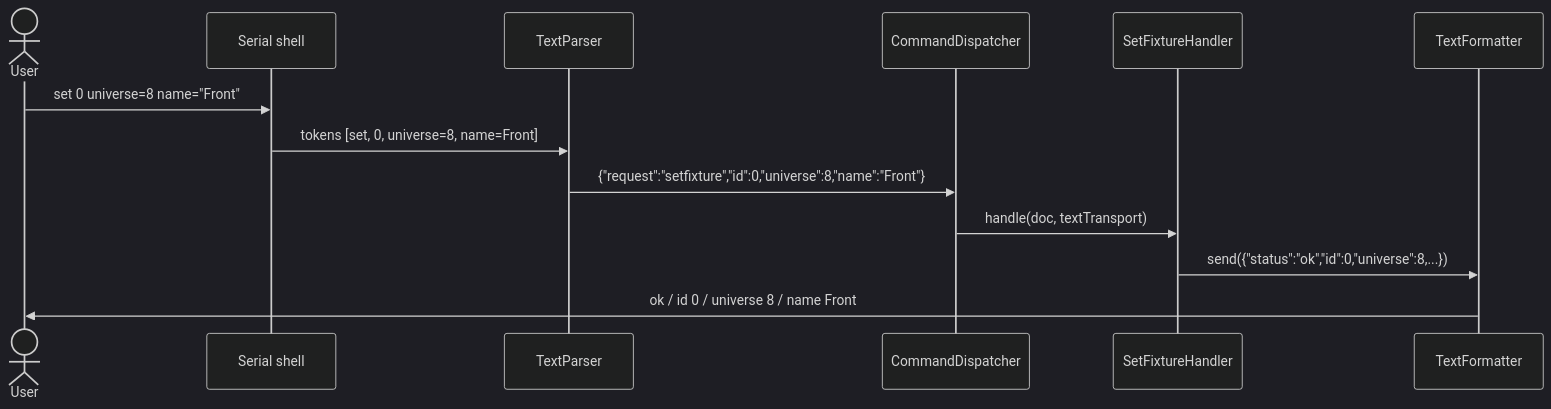
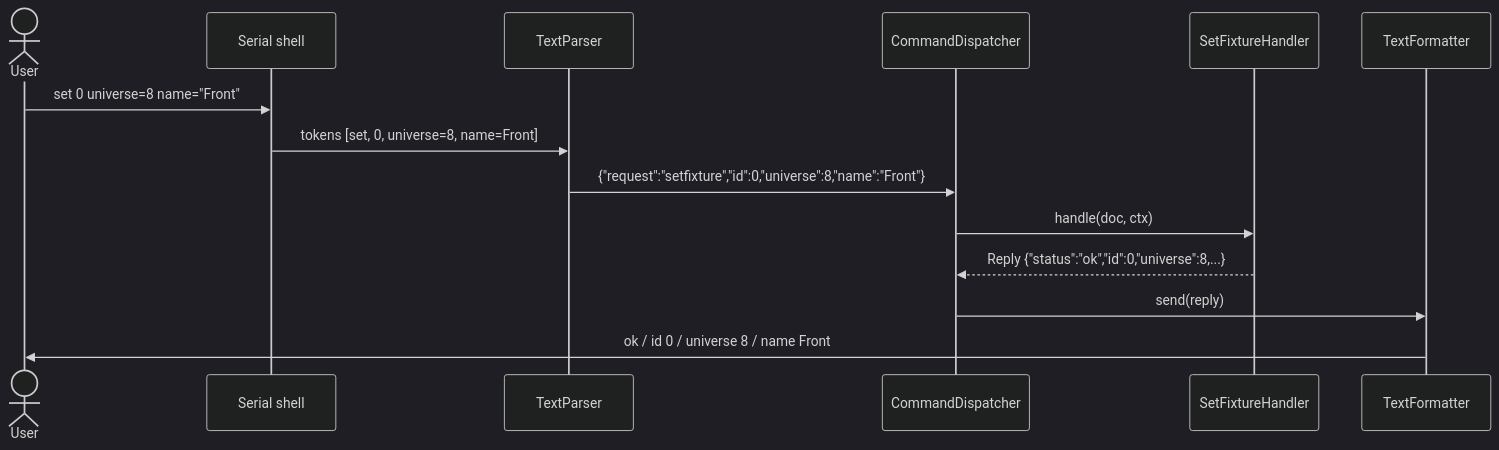
Before and after one commit to gerbiceva/lucke: the third of 5 diagrams in firmware/docs/serial_shell.md, drawn with Mermaid (dark theme). The commit also changed other lines of this file and 25 other files, not shown here.

````diff
--- a/firmware/docs/serial_shell.md
+++ b/firmware/docs/serial_shell.md
@@ -37,16 +38,17 @@
 ```mermaid
 sequenceDiagram
     actor User
     participant Shell as Serial shell
     participant Parser as TextParser
     participant Disp as CommandDispatcher
     participant H as SetFixtureHandler
     participant Fmt as TextFormatter
 
     User->>Shell: set 0 universe=8 name="Front"
     Shell->>Parser: tokens [set, 0, universe=8, name=Front]
     Parser->>Disp: {"request":"setfixture","id":0,"universe":8,"name":"Front"}
-    Disp->>H: handle(doc, textTransport)
-    H->>Fmt: send({"status":"ok","id":0,"universe":8,...})
+    Disp->>H: handle(doc, ctx)
+    H-->>Disp: Reply {"status":"ok","id":0,"universe":8,...}
+    Disp->>Fmt: send(reply)
     Fmt->>User: ok / id 0 / universe 8 / name Front
 ```
````
